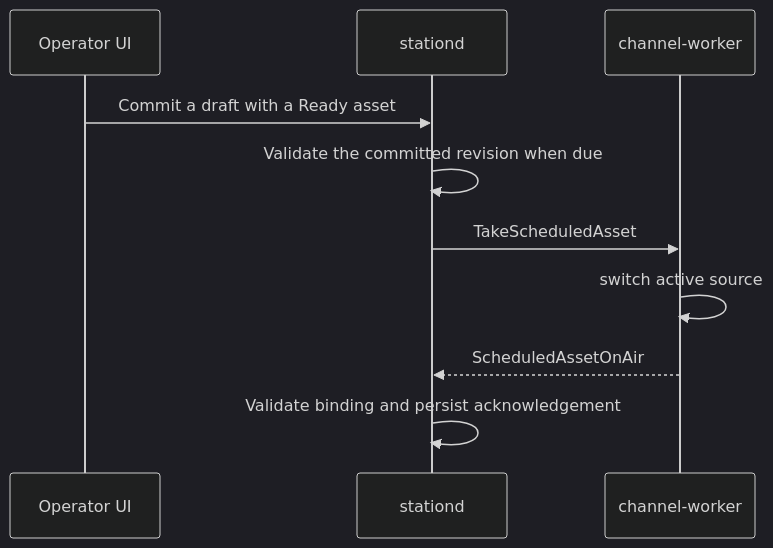
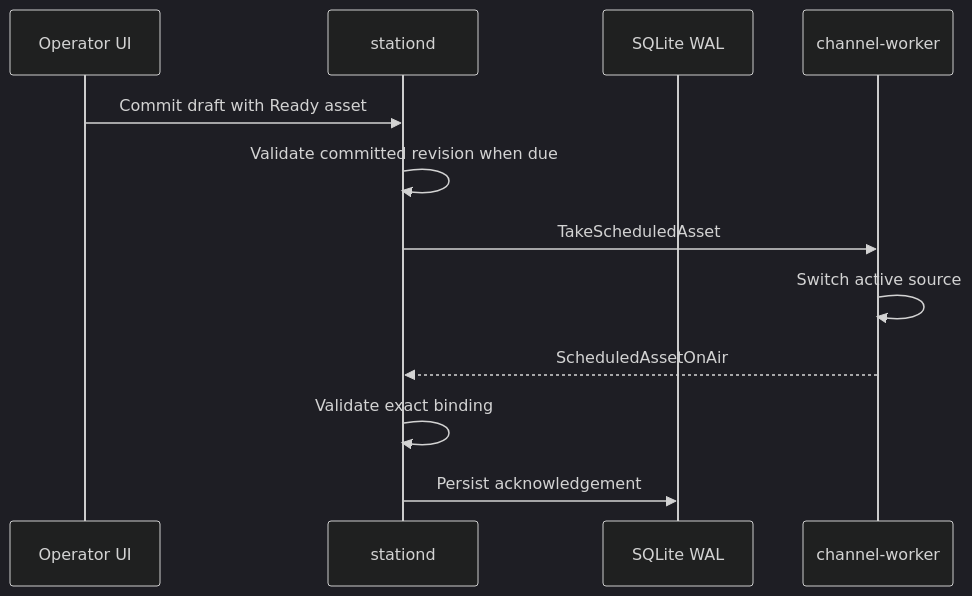
The third of 4 diagrams in docs/architecture/overview.md (scottconverse/civiccast-lite), drawn with Mermaid (dark theme) before and after one commit. The commit also changed other lines of this file and 12 other files, not shown here.

````diff
--- a/docs/architecture/overview.md
+++ b/docs/architecture/overview.md
@@ -47,12 +77,14 @@
 ```mermaid
 sequenceDiagram
   participant OP as Operator UI
   participant ST as stationd
+  participant DB as SQLite WAL
   participant WK as channel-worker
-  OP->>ST: Commit a draft with a Ready asset
-  ST->>ST: Validate the committed revision when due
+  OP->>ST: Commit draft with Ready asset
+  ST->>ST: Validate committed revision when due
   ST->>WK: TakeScheduledAsset
-  WK->>WK: switch active source
+  WK->>WK: Switch active source
   WK-->>ST: ScheduledAssetOnAir
-  ST->>ST: Validate binding and persist acknowledgement
+  ST->>ST: Validate exact binding
+  ST->>DB: Persist acknowledgement
 ```
````
